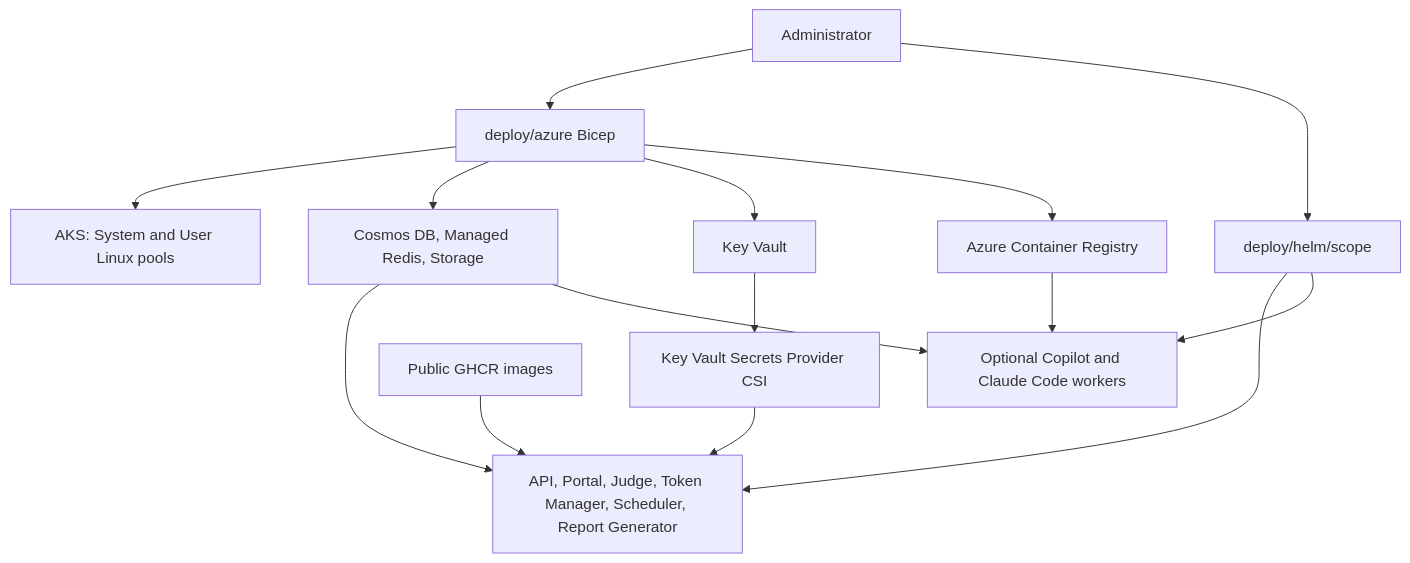
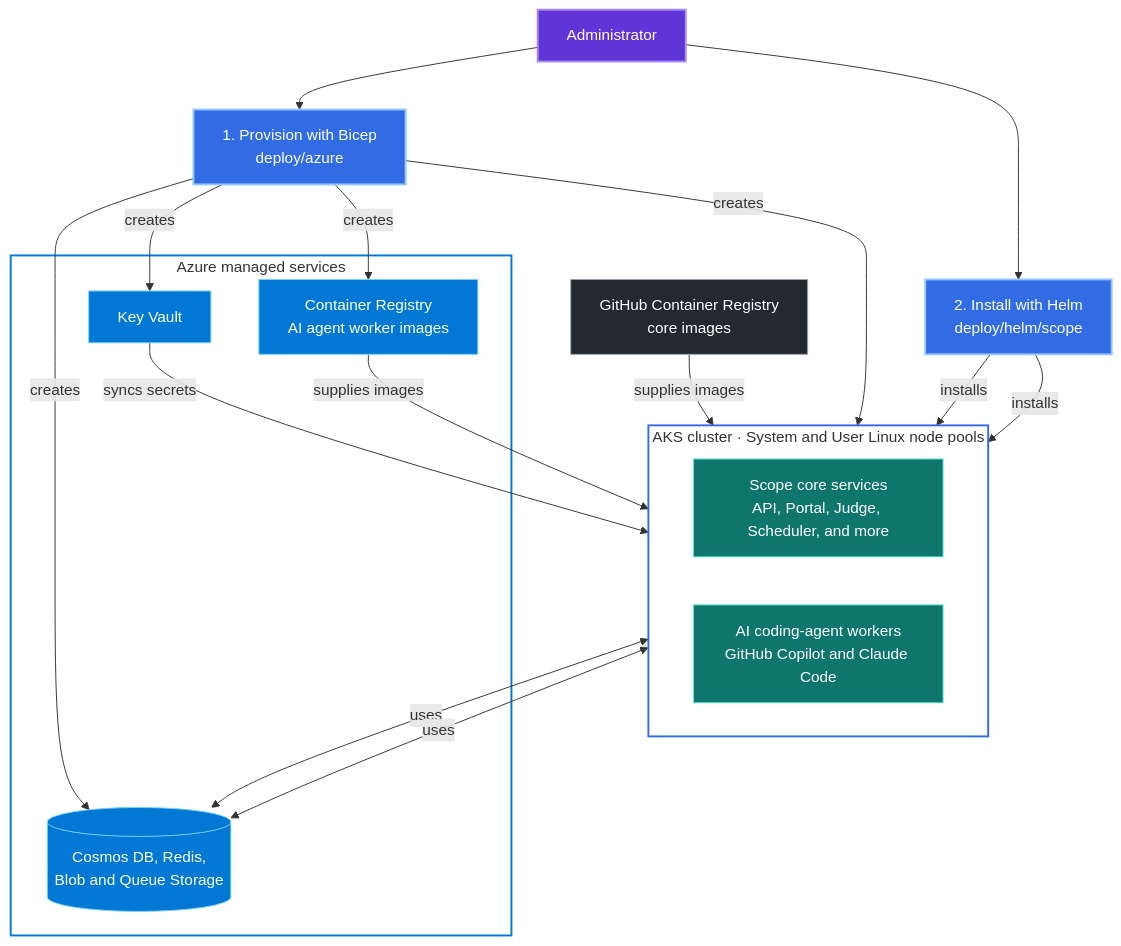
The diagram in website/src/content/docs/self-hosting/overview.md (1aifanatic/scope), drawn with Mermaid before and after one commit.

Commit message:
docs: clarify self-hosting architecture diagram
Copilot-Session: c52928ea-d413-4aab-95a1-b4ecfd7d9f96

````diff
--- a/website/src/content/docs/self-hosting/overview.md
+++ b/website/src/content/docs/self-hosting/overview.md
@@ -34,17 +34,48 @@
 ```mermaid
 flowchart TD
-    User[Administrator] --> Azure[deploy/azure Bicep]
-    Azure --> AKS[AKS: System and User Linux pools]
-    Azure --> Data[Cosmos DB, Managed Redis, Storage]
-    Azure --> KV[Key Vault]
-    Azure --> ACR[Azure Container Registry]
-    User --> Helm[deploy/helm/scope]
-    Helm --> Core[API, Portal, Judge, Token Manager, Scheduler, Report Generator]
-    Helm --> Workers[Optional Copilot and Claude Code workers]
-    GHCR[Public GHCR images] --> Core
-    ACR --> Workers
-    KV --> CSI[Key Vault Secrets Provider CSI]
-    CSI --> Core
-    Data --> Core
-    Data --> Workers
+    Admin[Administrator]
+    Bicep[1. Provision with Bicep<br/>deploy/azure]
+    Helm[2. Install with Helm<br/>deploy/helm/scope]
+
+    Admin --> Bicep
+    Admin --> Helm
+
+    subgraph Azure["Azure managed services"]
+        Data[(Cosmos DB, Redis,<br/>Blob and Queue Storage)]
+        KV[Key Vault]
+        ACR[Container Registry<br/>AI agent worker images]
+    end
+
+    subgraph AKS["AKS cluster · System and User Linux node pools"]
+        direction LR
+        Core[Scope core services<br/>API, Portal, Judge, Scheduler, and more]
+        Workers[AI coding-agent workers<br/>GitHub Copilot and Claude Code]
+    end
+
+    Bicep -->|creates| Data
+    Bicep -->|creates| KV
+    Bicep -->|creates| ACR
+    Bicep -->|creates| AKS
+    Helm -->|installs| Core
+    Helm -->|installs| Workers
+    GHCR[GitHub Container Registry<br/>core images] -->|supplies images| Core
+    ACR -->|supplies images| Workers
+    KV -->|syncs secrets| Core
+    Core <-->|uses| Data
+    Workers <-->|uses| Data
+
+    classDef actor fill:#6035d8,stroke:#a78bfa,color:#fff,stroke-width:2px
+    classDef deployment fill:#326ce5,stroke:#93c5fd,color:#fff,stroke-width:2px
+    classDef managed fill:#0078d4,stroke:#7dd3fc,color:#fff
+    classDef workload fill:#0f766e,stroke:#5eead4,color:#fff
+    classDef registry fill:#24292f,stroke:#9ca3af,color:#fff
+
+    class Admin actor
+    class Bicep,Helm deployment
+    class Data,KV,ACR managed
+    class Core,Workers workload
+    class GHCR registry
+
+    style Azure fill:transparent,stroke:#0078d4,stroke-width:2px
+    style AKS fill:transparent,stroke:#326ce5,stroke-width:2px
 ```
````
